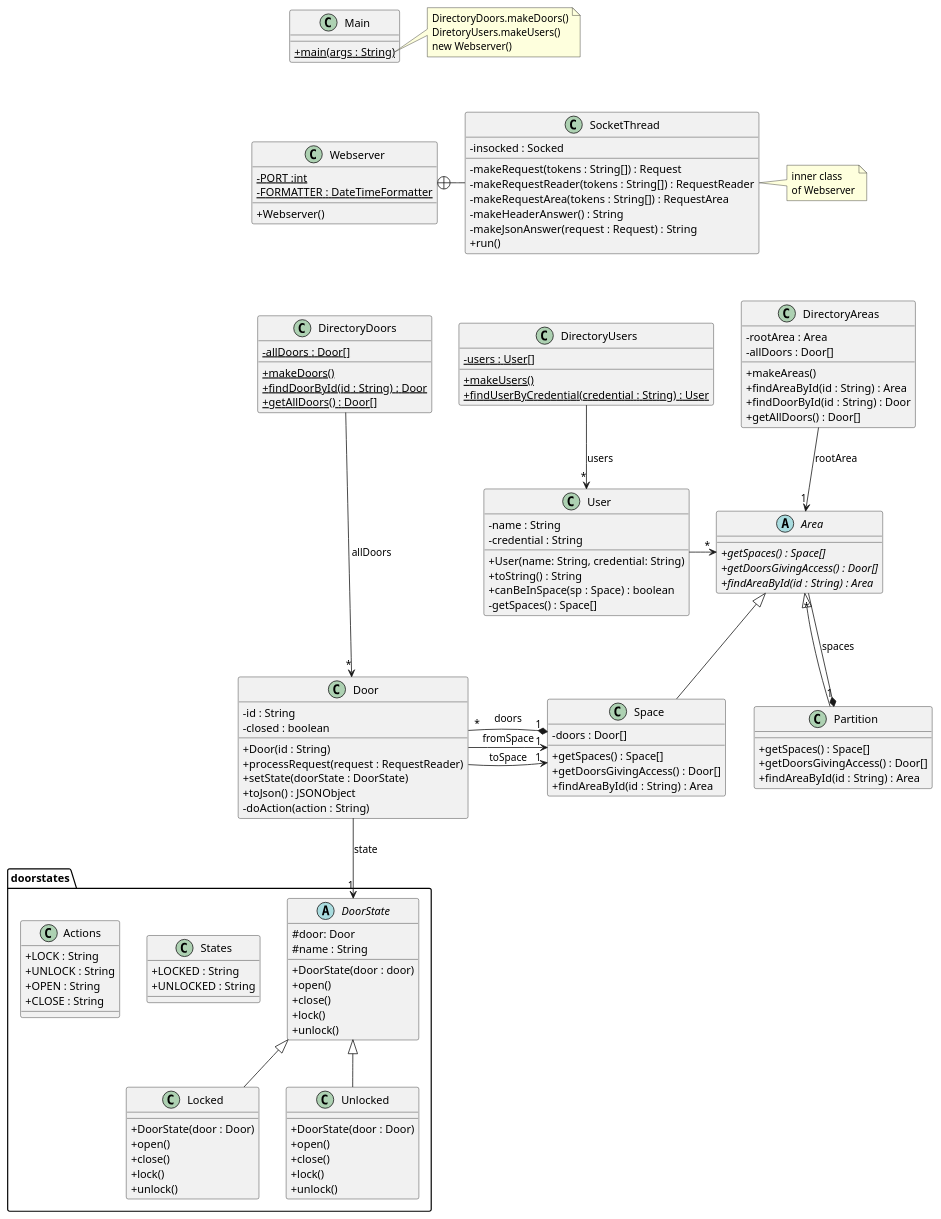
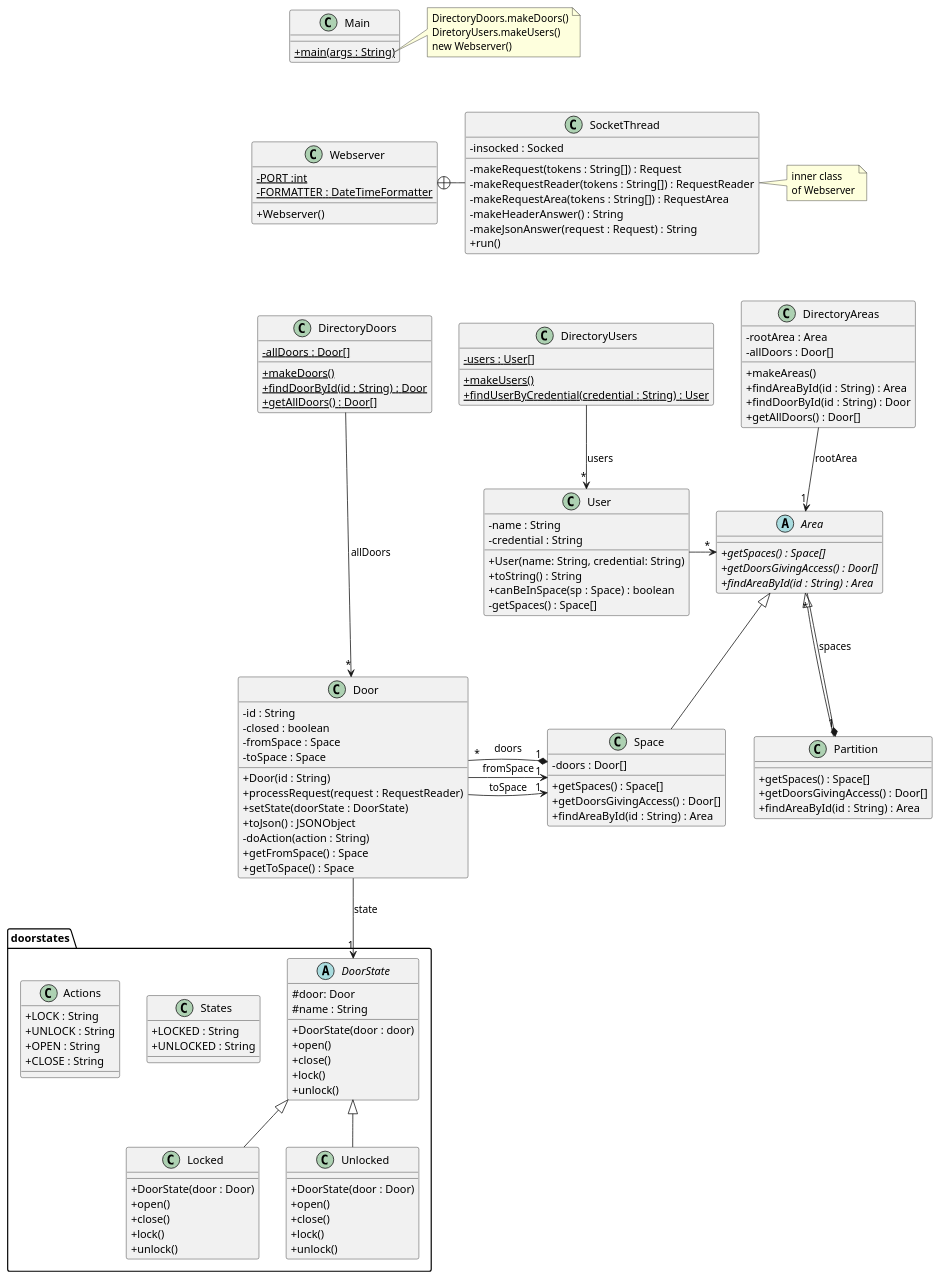
One commit to leonhrt/DSW-ACS changed the diagram in src/baseNoStates/uml/base_no_states.puml. Above: the diagram before and after it, drawn with PlantUML.

Commit message:
updated composite uml

```diff
--- a/src/baseNoStates/uml/base_no_states.puml
+++ b/src/baseNoStates/uml/base_no_states.puml
@@ -1,164 +1,168 @@
 @startuml
 'https://plantuml.com/class-diagram
 skinparam classAttributeIconSize 0
 
 class Webserver {
 - {static} PORT :int
 - {static} FORMATTER : DateTimeFormatter
 + Webserver()
 }
 
 class SocketThread {
 - insocked : Socked
 - makeRequest(tokens : String[]) : Request
 - makeRequestReader(tokens : String[]) : RequestReader
 - makeRequestArea(tokens : String[]) : RequestArea
 - makeHeaderAnswer() : String
 - makeJsonAnswer(request : Request) : String
 + run()
 }
 
 Webserver +-right- SocketThread
 
 note right of SocketThread
 inner class
 of Webserver
 end note
 
 class DirectoryDoors {
 - {static} allDoors : Door[]
 + {static} makeDoors()
 + {static} findDoorById(id : String) : Door
 + {static} getAllDoors() : Door[]
 }
 
 DirectoryDoors --> "*" Door : "allDoors"
 
 class DirectoryUsers {
 - {static} users : User[]
 + {static} makeUsers()
 + {static} findUserByCredential(credential : String) : User
 }
 
 DirectoryUsers --> "*" User : "users"
 
 class Door {
 - id : String
 - closed : boolean
+- fromSpace : Space
+- toSpace : Space
 + Door(id : String)
 + processRequest(request : RequestReader)
 + setState(doorState : DoorState)
 + toJson() : JSONObject
 '+ toString() : String
 '+ isClosed() :boolean
 '+ setClosed(b : boolean)
 '+ getStateName() : String
 - doAction(action : String)
++ getFromSpace() : Space
++ getToSpace() : Space
 }
 
 class Space extends Area{
 -doors : Door[]
 +getSpaces() : Space[]
 +getDoorsGivingAccess() : Door[]
 +findAreaById(id : String) : Area
 }
 
 class Partition extends Area{
 +getSpaces() : Space[]
 +getDoorsGivingAccess() : Door[]
 +findAreaById(id : String) : Area
 }
 
 
 package "doorstates" {
 abstract class DoorState{
 # door: Door
 #name : String
 +DoorState(door : door)
 +open()
 +close()
 +lock()
 +unlock()
 }
 
 class Locked extends DoorState{
 +DoorState(door : Door)
 +open()
 +close()
 +lock()
 +unlock()
 }
 
 class Unlocked extends DoorState{
 +DoorState(door : Door)
 +open()
 +close()
 +lock()
 +unlock()
 }
 
 class States{
 +LOCKED : String
 +UNLOCKED : String
 }
 
 class Actions{
 +LOCK : String
 +UNLOCK : String
 +OPEN : String
 + CLOSE : String
 }
 }
 
 class DirectoryAreas{
 -rootArea : Area
 -allDoors : Door[]
 +makeAreas()
 +findAreaById(id : String) : Area
 +findDoorById(id : String) : Door
 +getAllDoors() : Door[]
 }
 
 
 
 
 class User {
 - name : String
 - credential : String
 + User(name: String, credential: String)
 + toString() : String
 + canBeInSpace(sp : Space) : boolean
 - getSpaces() : Space[]
 }
 
 abstract Class Area{
 +{abstract}getSpaces() : Space[]
 +{abstract}getDoorsGivingAccess() : Door[]
 +{abstract}findAreaById(id : String) : Area
 }
 
 
 class Main {
 + {static} main(args : String)
 }
 
 note right of Main::main
 DirectoryDoors.makeDoors()
 DiretoryUsers.makeUsers()
 new Webserver()
 end note
 
 Main -[hidden]down- Webserver
 Webserver -[hidden]down- DirectoryDoors
 DirectoryDoors -[hidden]right- DirectoryUsers
 
 
 Door --> " 1" DoorState : state
 Door -> "1" Space : fromSpace
 Door -> "1" Space : toSpace
 Space "1" *-left- "*" Door : doors
 User -> "*" Area
 Partition "1" *-- "*" Area : spaces
 DirectoryAreas -down-> "1" Area : rootArea
 
 @enduml
```
